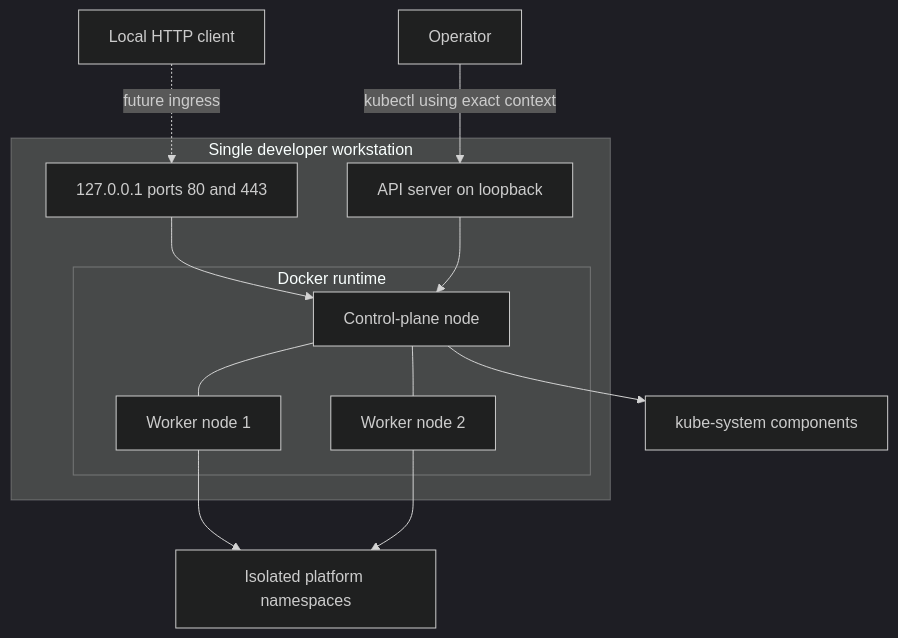
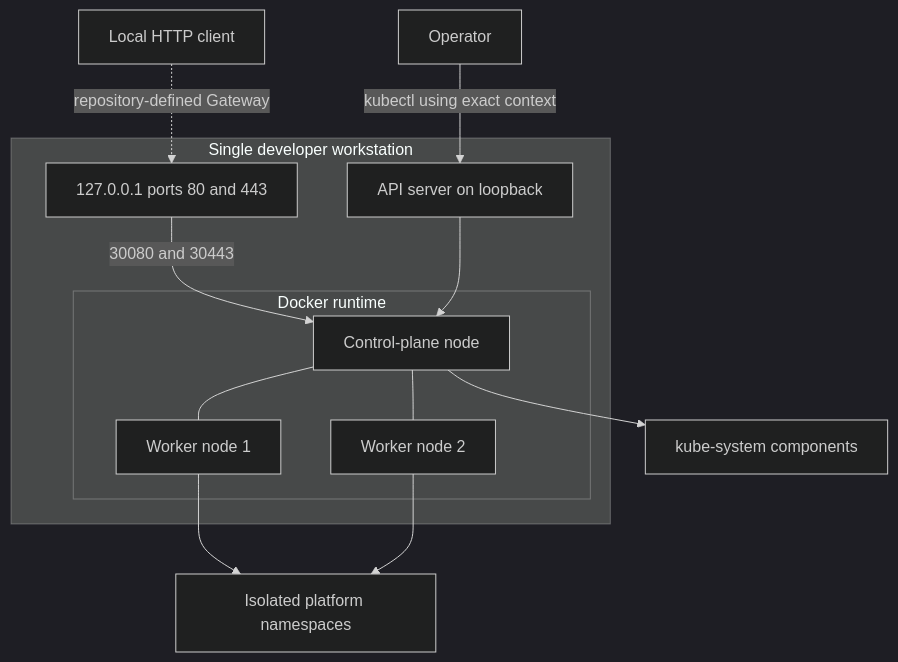
One commit to Rano1000/platform-engineering-lab changed the diagram in docs/architecture/local-kubernetes.md. Above: the diagram before and after it, drawn with Mermaid (dark theme). The commit also changed other lines of this file and 57 other files, not shown here.

````diff
--- a/docs/architecture/local-kubernetes.md
+++ b/docs/architecture/local-kubernetes.md
@@ -7,21 +7,21 @@
 ```mermaid
 flowchart TB
     Operator[Operator] -->|kubectl using exact context| API[API server on loopback]
-    Browser[Local HTTP client] -. future ingress .-> Ports[127.0.0.1 ports 80 and 443]
+    Browser[Local HTTP client] -. repository-defined Gateway .-> Ports[127.0.0.1 ports 80 and 443]
 
     subgraph Host[Single developer workstation]
         subgraph Docker[Docker runtime]
             CP[Control-plane node]
             W1[Worker node 1]
             W2[Worker node 2]
             CP --- W1
             CP --- W2
         end
-        Ports --> CP
+        Ports -->|30080 and 30443| CP
         API --> CP
     end
 
     CP --> System[kube-system components]
     W1 --> Namespaces[Isolated platform namespaces]
     W2 --> Namespaces
 ```
````
